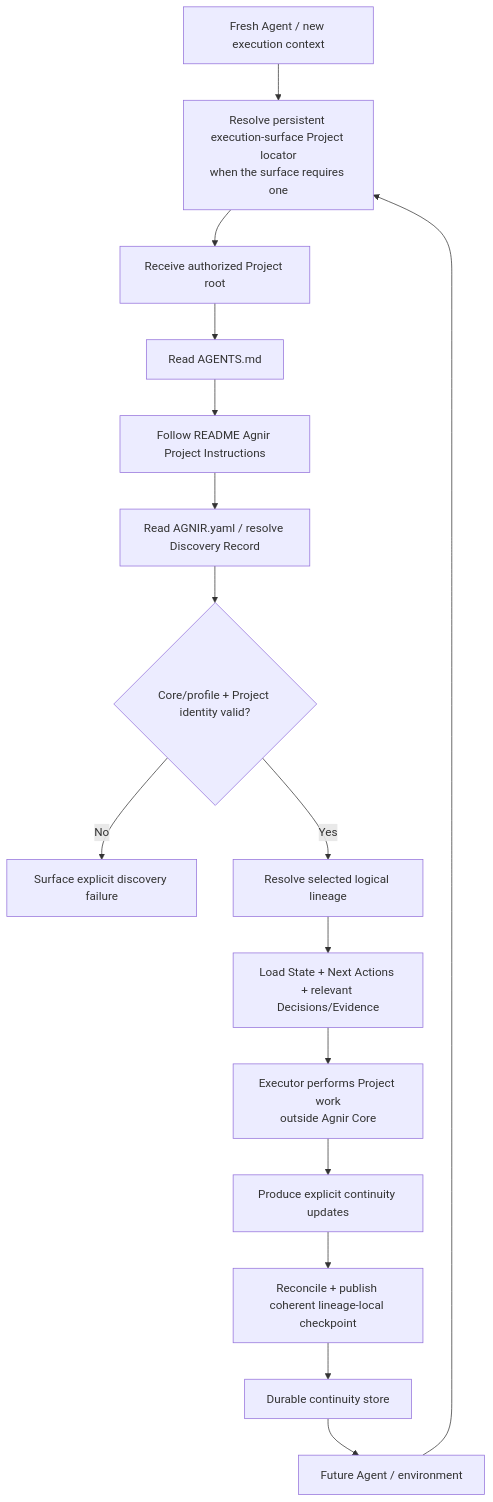
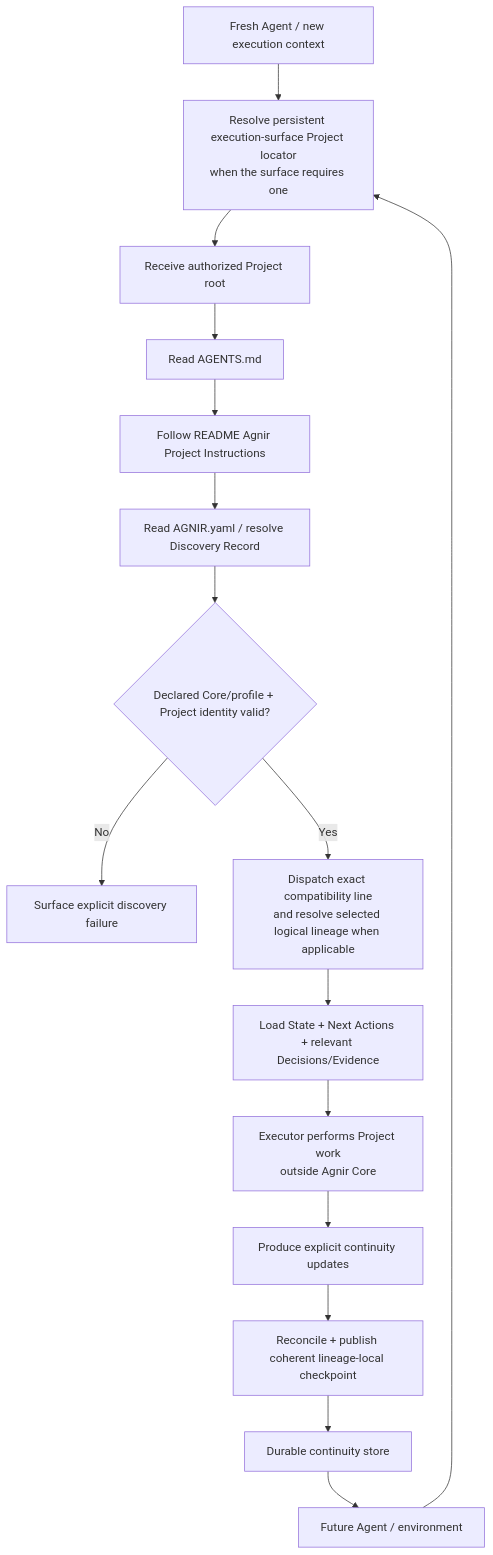
Before and after one commit to iorLab/agnir: the second of 2 diagrams in README.md, drawn with Mermaid. The commit also changed other lines of this file and 20 other files, not shown here.

First line of the commit message:
v1: promote Core/profile 0.2 semantics to stable 1.0

````diff
--- a/README.md
+++ b/README.md
@@ -172,18 +174,18 @@
 ```mermaid
 flowchart TD
     C[Fresh Agent / new execution context] --> X[Resolve persistent execution-surface Project locator\nwhen the surface requires one]
     X --> P[Receive authorized Project root]
     P --> A[Read AGENTS.md]
     A --> I[Follow README Agnir Project Instructions]
     I --> R[Read AGNIR.yaml / resolve Discovery Record]
-    R --> V{Core/profile + Project identity valid?}
+    R --> V{Declared Core/profile + Project identity valid?}
     V -- No --> F[Surface explicit discovery failure]
-    V -- Yes --> L[Resolve selected logical lineage]
+    V -- Yes --> L[Dispatch exact compatibility line\nand resolve selected logical lineage when applicable]
     L --> Q[Load State + Next Actions + relevant Decisions/Evidence]
     Q --> W[Executor performs Project work\noutside Agnir Core]
     W --> U[Produce explicit continuity updates]
     U --> K[Reconcile + publish coherent lineage-local checkpoint]
     K --> S[Durable continuity store]
     S --> N[Future Agent / environment]
     N --> X
 ```
````
